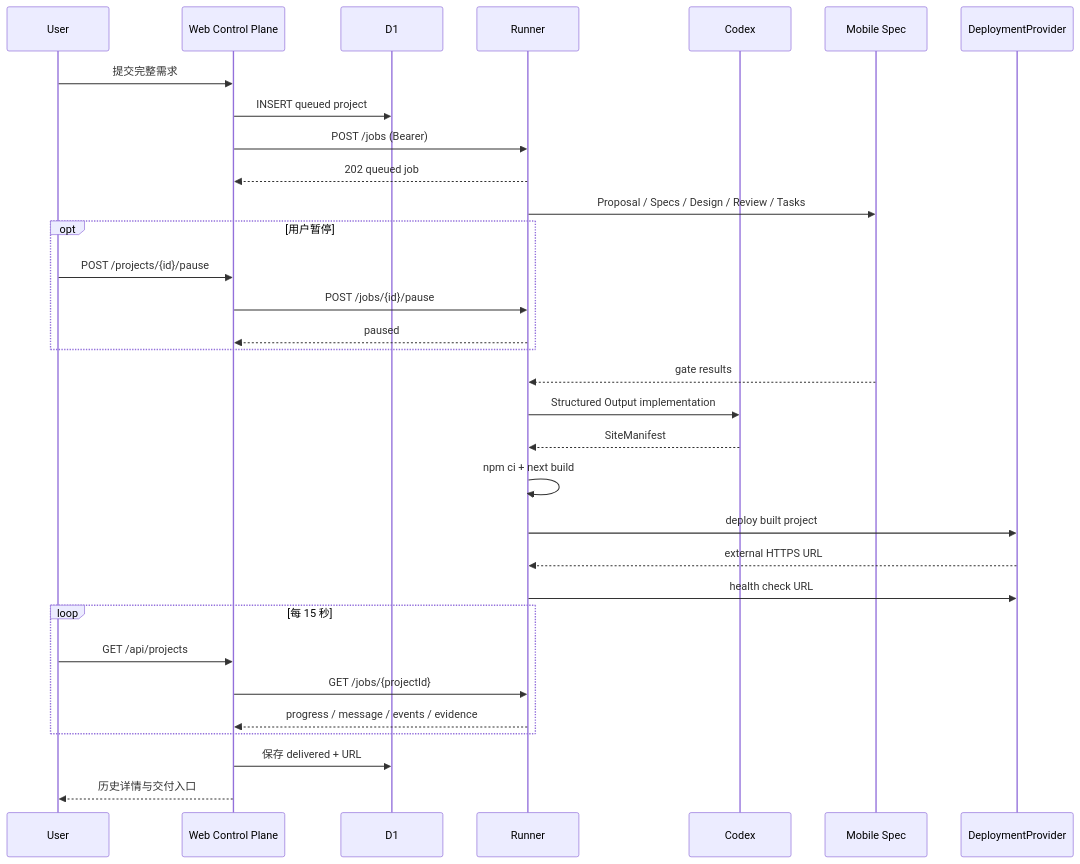
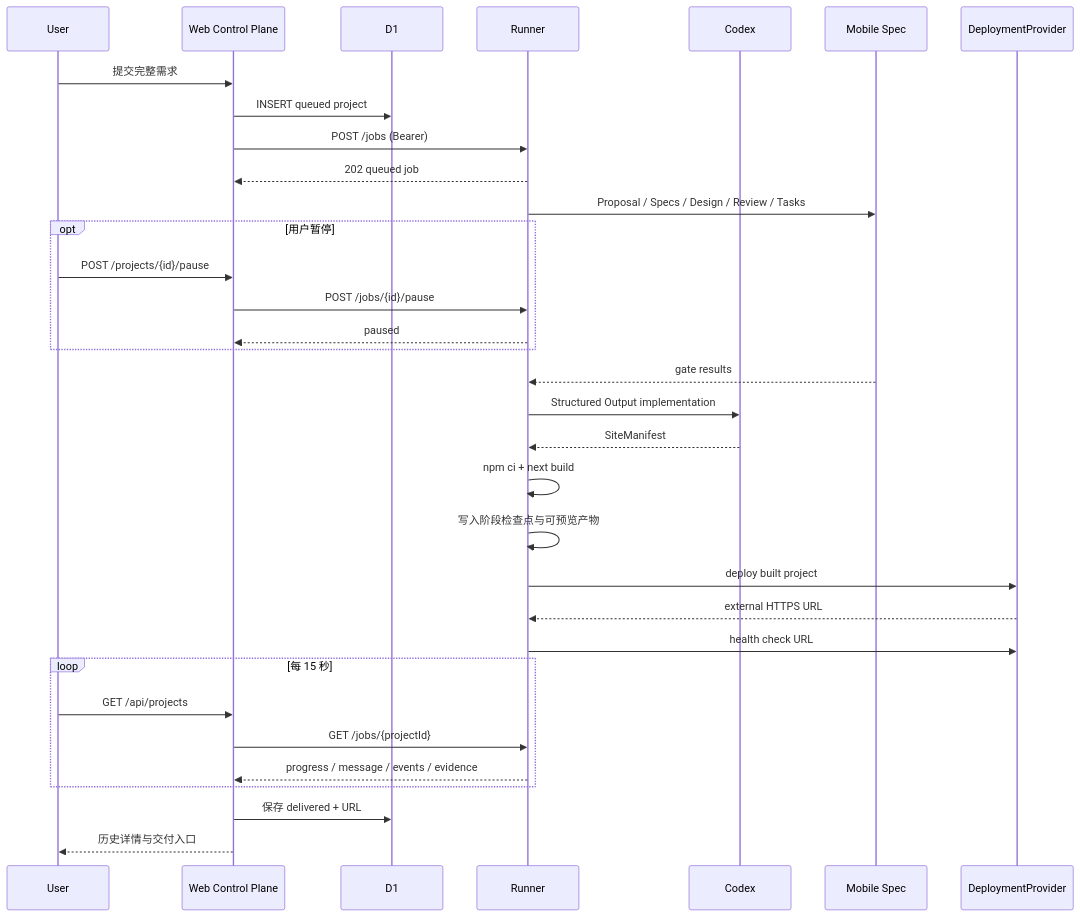
The second of 2 diagrams in docs/总体技术方案.md (JonasQiu/mobile-app-build), drawn with Mermaid before and after one commit. The commit also changed other lines of this file and 24 other files, not shown here.

````diff
--- a/docs/总体技术方案.md
+++ b/docs/总体技术方案.md
@@ -27,35 +28,36 @@
 ```mermaid
 sequenceDiagram
   participant U as User
   participant W as Web Control Plane
   participant D as D1
   participant R as Runner
   participant C as Codex
   participant M as Mobile Spec
   participant P as DeploymentProvider
 
   U->>W: 提交完整需求
   W->>D: INSERT queued project
   W->>R: POST /jobs (Bearer)
   R-->>W: 202 queued job
   R->>M: Proposal / Specs / Design / Review / Tasks
   opt 用户暂停
     U->>W: POST /projects/{id}/pause
     W->>R: POST /jobs/{id}/pause
     R-->>W: paused
   end
   M-->>R: gate results
   R->>C: Structured Output implementation
   C-->>R: SiteManifest
   R->>R: npm ci + next build
+  R->>R: 写入阶段检查点与可预览产物
   R->>P: deploy built project
   P-->>R: external HTTPS URL
   R->>P: health check URL
   loop 每 15 秒
     U->>W: GET /api/projects
     W->>R: GET /jobs/{projectId}
     R-->>W: progress / message / events / evidence
   end
   W->>D: 保存 delivered + URL
   W-->>U: 历史详情与交付入口
 ```
````
